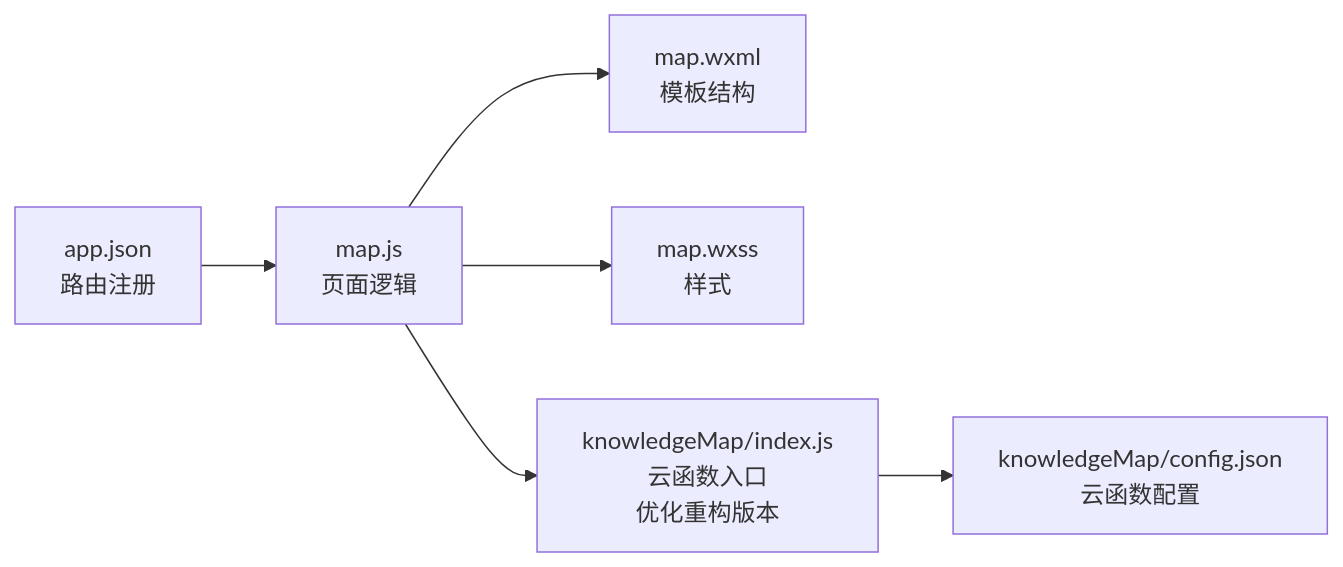
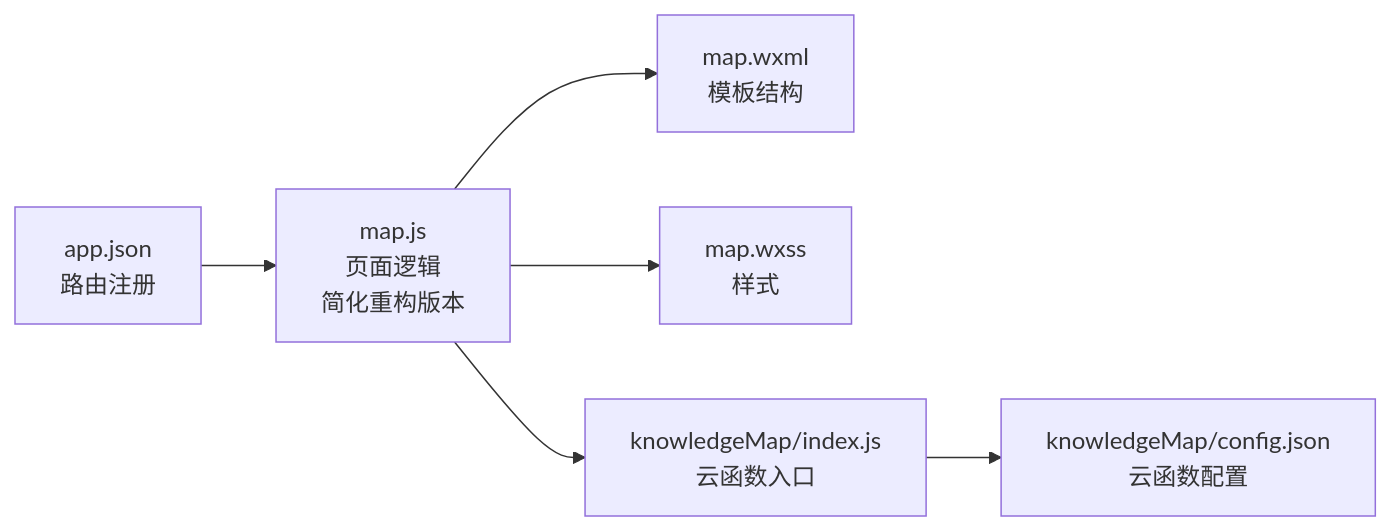
The third of 3 diagrams in .qoder/repowiki/zh/content/核心功能模块/知识图谱系统/知识图谱系统.md (cwb7756/bio), drawn with Mermaid before and after one commit. The commit also changed other lines of this file and 98 other files, not shown here.

````diff
--- a/.qoder/repowiki/zh/content/核心功能模块/知识图谱系统/知识图谱系统.md
+++ b/.qoder/repowiki/zh/content/核心功能模块/知识图谱系统/知识图谱系统.md
@@ -243,8 +244,8 @@
 ```mermaid
 graph LR
-APP_JSON["app.json<br/>路由注册"] --> MAP_JS["map.js<br/>页面逻辑"]
+APP_JSON["app.json<br/>路由注册"] --> MAP_JS["map.js<br/>页面逻辑<br/>简化重构版本"]
 MAP_JS --> MAP_WXML["map.wxml<br/>模板结构"]
 MAP_JS --> MAP_WXSS["map.wxss<br/>样式"]
-MAP_JS --> KM_INDEX["knowledgeMap/index.js<br/>云函数入口<br/>优化重构版本"]
+MAP_JS --> KM_INDEX["knowledgeMap/index.js<br/>云函数入口"]
 KM_INDEX --> KM_CONFIG["knowledgeMap/config.json<br/>云函数配置"]
 ```
````
